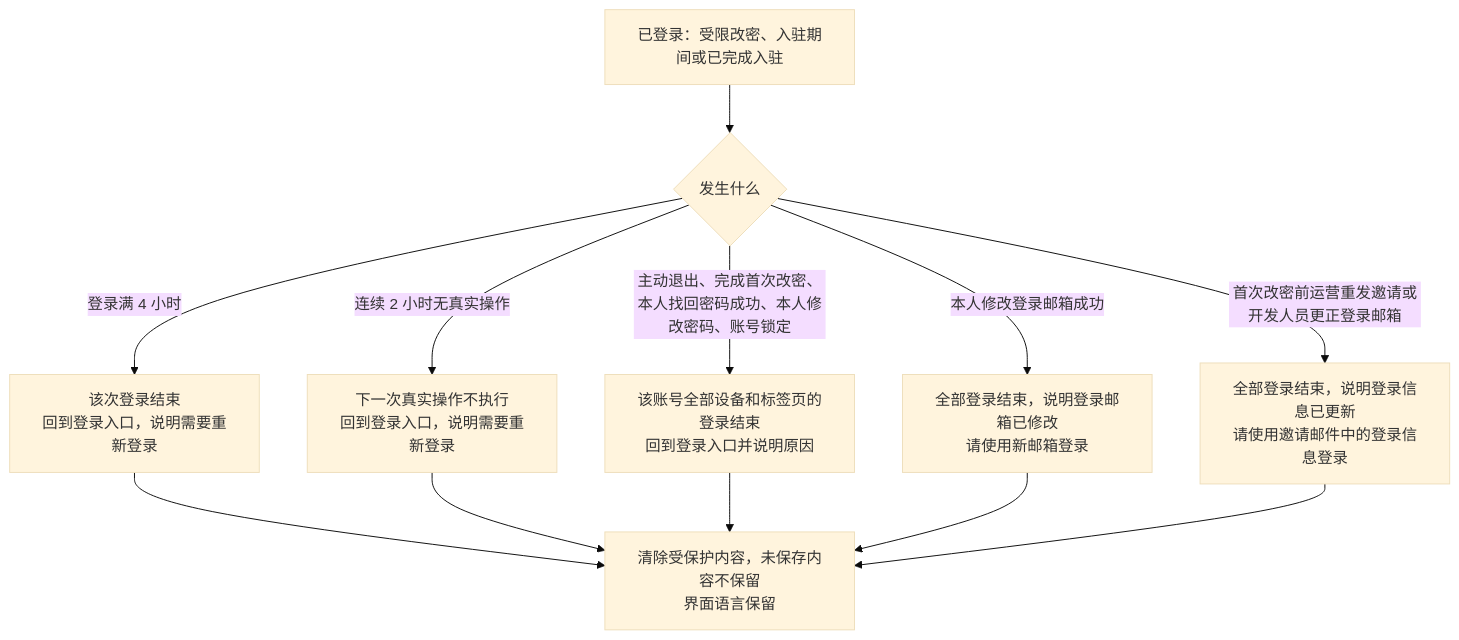
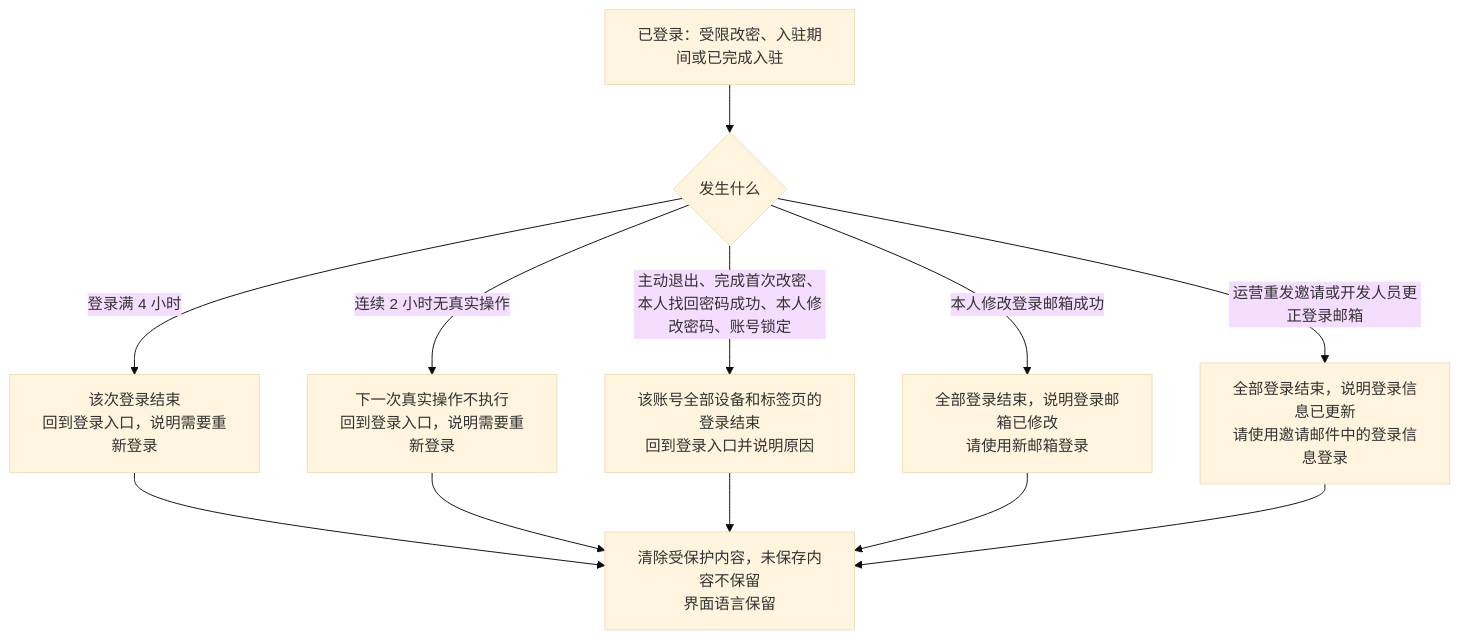
The sixth of 11 diagrams in asset-trust-platform/PRD/企业端/M1-企业登录与首次入驻/02-企业登录与首次入驻-流程图与状态机.md (wxblockchain/Chain-Financing), drawn with Mermaid (base theme) before and after one commit. The commit also changed other lines of this file and 4 other files, not shown here.

````diff
--- a/asset-trust-platform/PRD/企业端/M1-企业登录与首次入驻/02-企业登录与首次入驻-流程图与状态机.md
+++ b/asset-trust-platform/PRD/企业端/M1-企业登录与首次入驻/02-企业登录与首次入驻-流程图与状态机.md
@@ -183,14 +183,14 @@
 ```mermaid
 flowchart TD
     A[已登录：受限改密、入驻期间或已完成入驻] --> B{发生什么}
     B -->|登录满 4 小时| E[该次登录结束<br/>回到登录入口，说明需要重新登录]
     B -->|连续 2 小时无真实操作| F[下一次真实操作不执行<br/>回到登录入口，说明需要重新登录]
     B -->|主动退出、完成首次改密、本人找回密码成功、本人修改密码、账号锁定| G[该账号全部设备和标签页的登录结束<br/>回到登录入口并说明原因]
     B -->|本人修改登录邮箱成功| H[全部登录结束，说明登录邮箱已修改<br/>请使用新邮箱登录]
-    B -->|首次改密前运营重发邀请或开发人员更正登录邮箱| I[全部登录结束，说明登录信息已更新<br/>请使用邀请邮件中的登录信息登录]
+    B -->|运营重发邀请或开发人员更正登录邮箱| I[全部登录结束，说明登录信息已更新<br/>请使用邀请邮件中的登录信息登录]
     E --> Z[清除受保护内容，未保存内容不保留<br/>界面语言保留]
     F --> Z
     G --> Z
     H --> Z
     I --> Z
 ```
````
